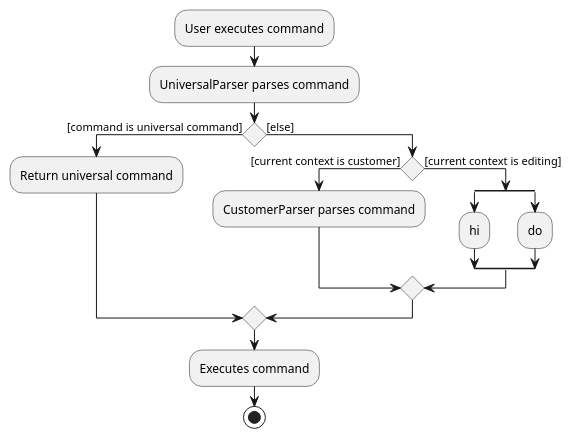
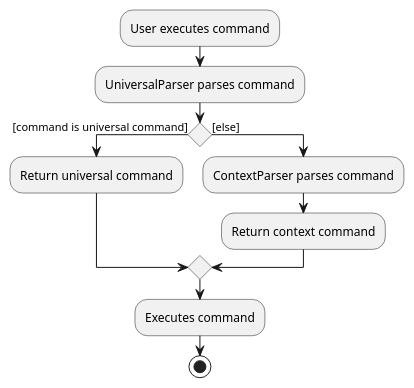
Before and after one commit to nus-cs2103-AY1920S1/addressbook-level3: the diagram in docs/diagrams/ParserActivityDiagram.puml, drawn with PlantUML. The commit also changed 13 other files, not shown here.

Commit message:
Added Class Diagram PUML

```diff
--- a/docs/diagrams/ParserActivityDiagram.puml
+++ b/docs/diagrams/ParserActivityDiagram.puml
@@ -1,21 +1,14 @@
 @startuml
 :User executes command;
 :UniversalParser parses command;
 
 if () then ([command is universal command])
     :Return universal command;
 else ([else])
-    if () then ([current context is customer])
-        :CustomerParser parses command;
-    else ([current context is editing])
-        split
-            :hi;
-        split again
-            :do;
-        end split
-    endif
+    :ContextParser parses command;
+    :Return context command;
 endif
 
 :Executes command;
 stop
 @enduml
```
